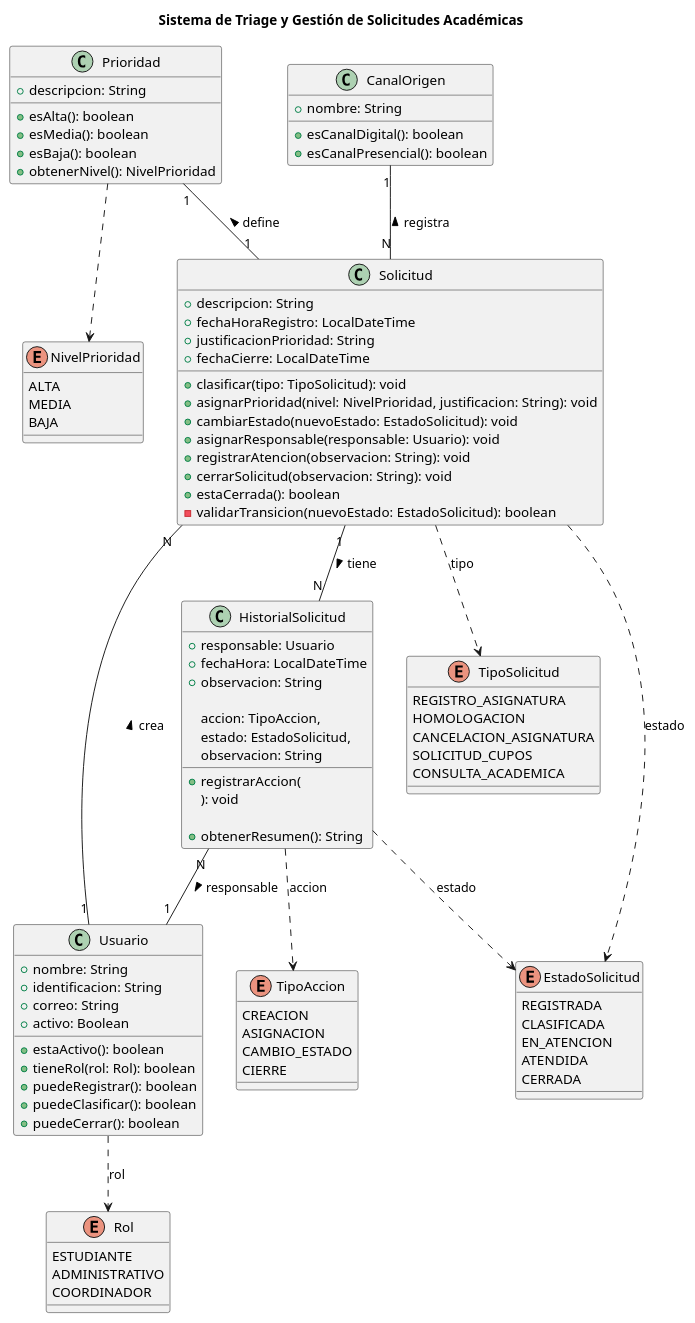
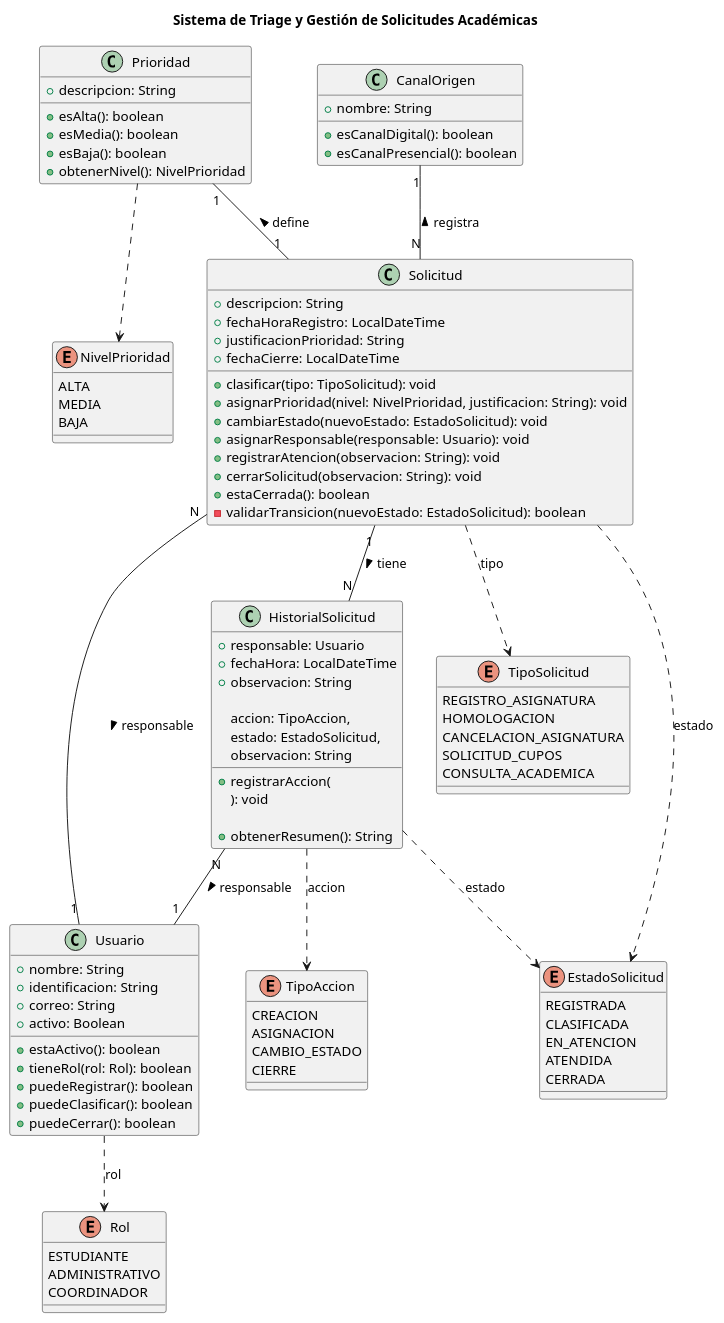
One commit to ING69COOLER/Proyecto_Avanzada changed the diagram in DiagramaUML.wsd. Above: the diagram before and after it, drawn with PlantUML. The commit also changed 11 other files, not shown here.

```diff
--- a/DiagramaUML.wsd
+++ b/DiagramaUML.wsd
@@ -1,131 +1,131 @@
 @startuml
 title Sistema de Triage y Gestión de Solicitudes Académicas
 
 ' =========================
 ' ENUMS (Value Objects)
 ' =========================
 
 enum EstadoSolicitud {
   REGISTRADA
   CLASIFICADA
   EN_ATENCION
   ATENDIDA
   CERRADA
 }
 
 enum TipoAccion {
     CREACION
     ASIGNACION
     CAMBIO_ESTADO
     CIERRE
 }
 
 enum NivelPrioridad {
   ALTA
   MEDIA
   BAJA
 }
 
 enum Rol {
   ESTUDIANTE
   ADMINISTRATIVO
   COORDINADOR
 }
 
 enum TipoSolicitud {
     REGISTRO_ASIGNATURA
     HOMOLOGACION
     CANCELACION_ASIGNATURA
     SOLICITUD_CUPOS
     CONSULTA_ACADEMICA
 }
 
 ' =========================
 ' ENTIDADES
 ' =========================
 
 class Usuario {
   
   +nombre: String
   +identificacion: String
   +correo: String
   +activo: Boolean
 
   +estaActivo(): boolean
   +tieneRol(rol: Rol): boolean
   +puedeRegistrar(): boolean
   +puedeClasificar(): boolean
   +puedeCerrar(): boolean
 }
 
 class Solicitud {
   
   +descripcion: String
   +fechaHoraRegistro: LocalDateTime
   +justificacionPrioridad: String
   +fechaCierre: LocalDateTime
 
   +clasificar(tipo: TipoSolicitud): void
   +asignarPrioridad(nivel: NivelPrioridad, justificacion: String): void
   +cambiarEstado(nuevoEstado: EstadoSolicitud): void
   +asignarResponsable(responsable: Usuario): void
   +registrarAtencion(observacion: String): void
   +cerrarSolicitud(observacion: String): void
   +estaCerrada(): boolean
   -validarTransicion(nuevoEstado: EstadoSolicitud): boolean
 }
 
 class Prioridad {
 
   +descripcion: String
 
   +esAlta(): boolean
   +esMedia(): boolean
   +esBaja(): boolean
   +obtenerNivel(): NivelPrioridad
 }
 
 class CanalOrigen {
   +nombre: String
 
   +esCanalDigital(): boolean
   +esCanalPresencial(): boolean
 }
 
 class HistorialSolicitud {
   
   +responsable: Usuario
   +fechaHora: LocalDateTime
   +observacion: String
 
   +registrarAccion(
       accion: TipoAccion,
       estado: EstadoSolicitud,
       observacion: String
   ): void
 
   +obtenerResumen(): String
 }
 
 ' =========================
 ' RELACIONES
 ' =========================
 
-Usuario "1" -- "N" Solicitud : crea >
+Usuario "1" -- "N" Solicitud : responsable <
 Prioridad "1" -- "1" Solicitud : define <
 CanalOrigen "1" -- "N" Solicitud : registra <
 Solicitud "1" -- "N" HistorialSolicitud : tiene >
 HistorialSolicitud "N" -- "1" Usuario : responsable >
 
 ' =========================
 ' RELACIONES CON ENUMS
 ' =========================
 
 Solicitud ..> EstadoSolicitud : estado
 Solicitud ..> TipoSolicitud : tipo
 HistorialSolicitud ..> EstadoSolicitud : estado
 HistorialSolicitud ..> TipoAccion : accion
 Usuario ..> Rol : rol
 Prioridad ..> NivelPrioridad
 
 @enduml
```
